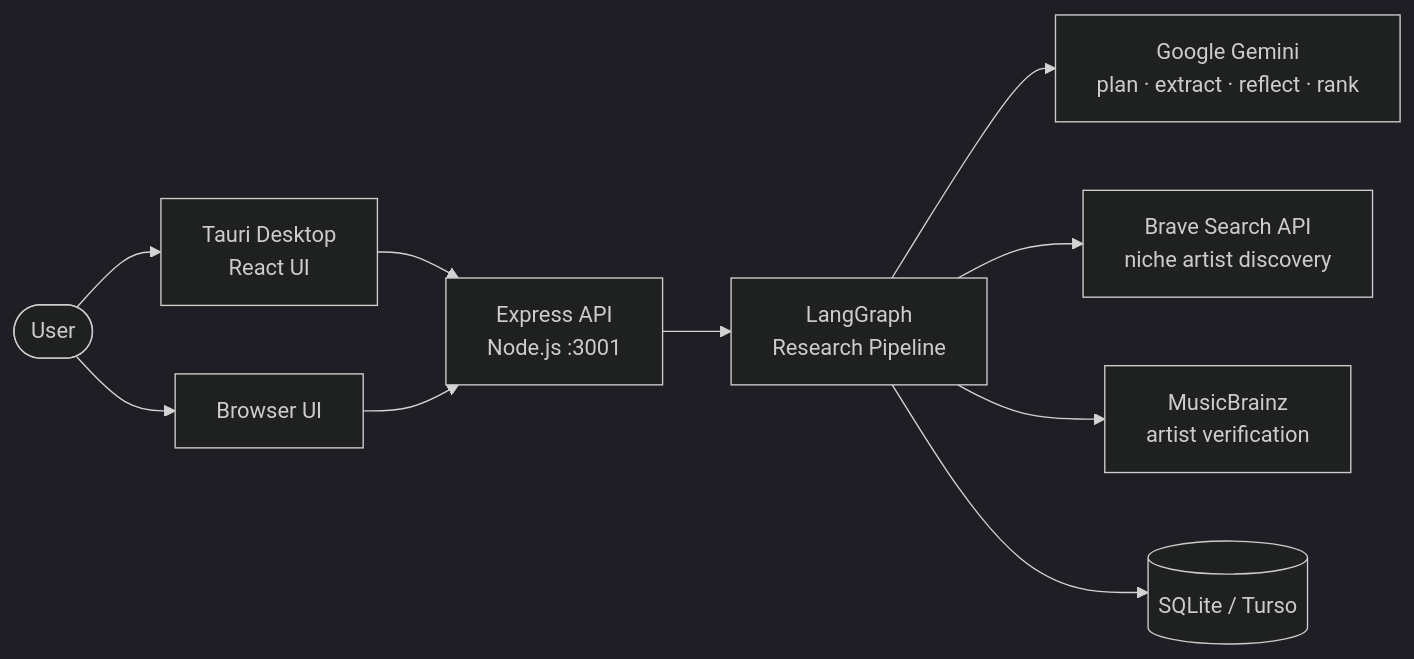
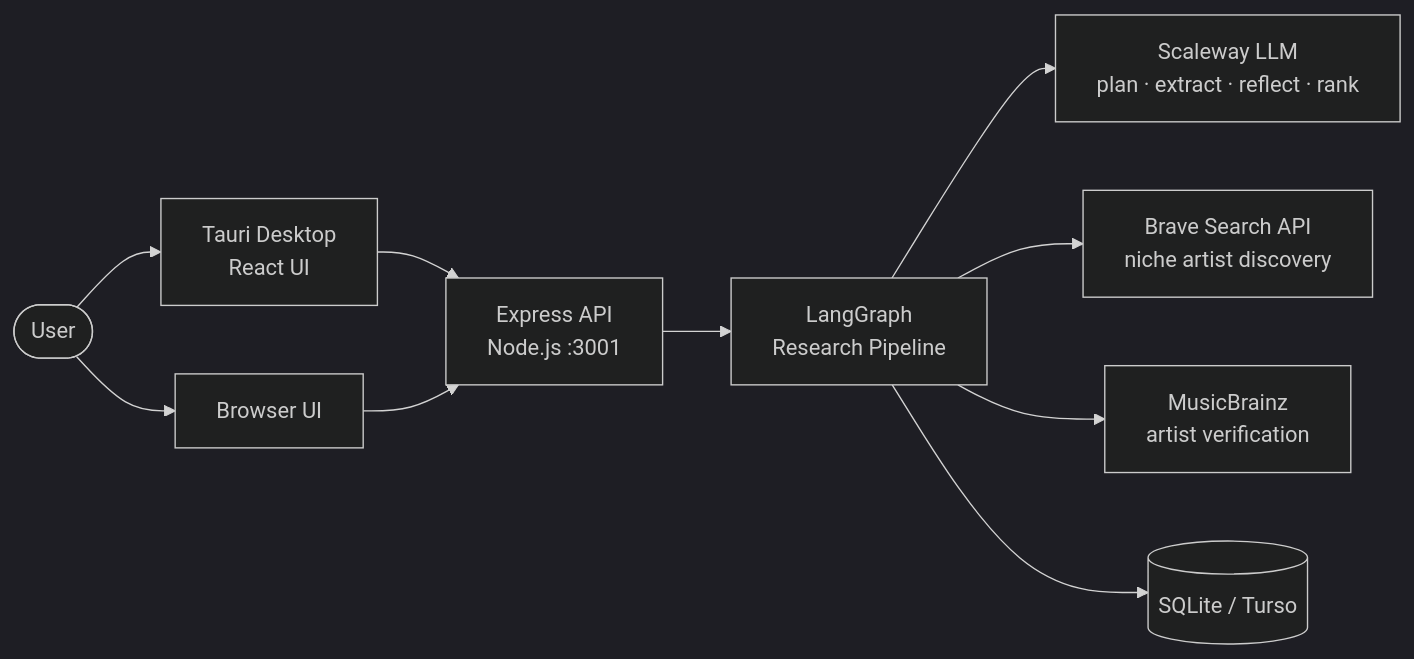
One commit to eikrad/bandsearch-app changed the first of 5 diagrams in docs/architecture/ARCHITECTURE.md. Above: the diagram before and after it, drawn with Mermaid (dark theme). The commit also changed other lines of this file and 8 other files, not shown here.

First line of the commit message:
docs: Scaleway as the default LLM provider

````diff
--- a/docs/architecture/ARCHITECTURE.md
+++ b/docs/architecture/ARCHITECTURE.md
@@ -11,12 +11,12 @@
 ```mermaid
 graph LR
     USER([User]) --> DESK[Tauri Desktop\nReact UI]
     USER --> BROWSER[Browser UI]
     DESK --> API[Express API\nNode.js :3001]
     BROWSER --> API
     API --> GRAPH[LangGraph\nResearch Pipeline]
-    GRAPH --> GEMINI[Google Gemini\nplan · extract · reflect · rank]
+    GRAPH --> LLM[Scaleway LLM\nplan · extract · reflect · rank]
     GRAPH --> BRAVE[Brave Search API\nniche artist discovery]
     GRAPH --> MB[MusicBrainz\nartist verification]
     GRAPH --> DB[(SQLite / Turso)]
 ```
````
